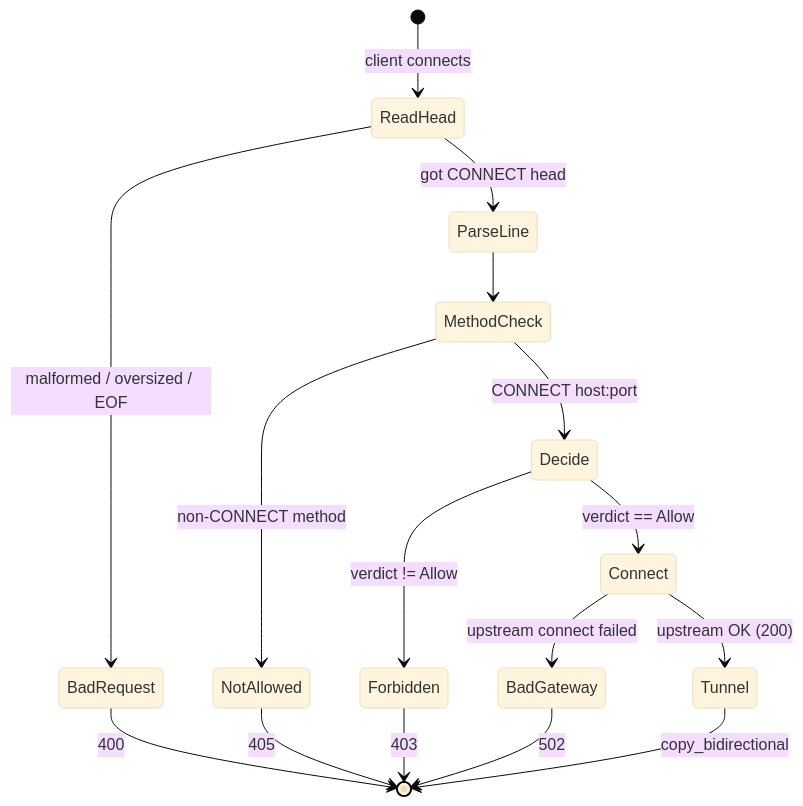
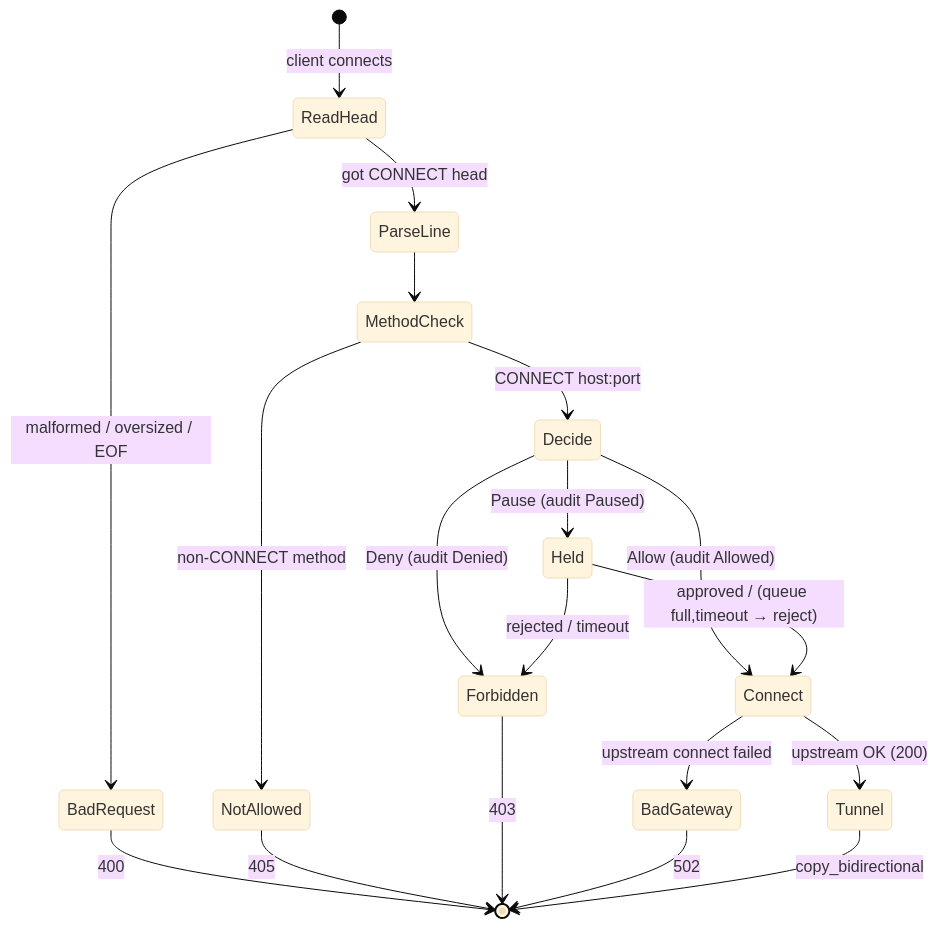
Before and after one commit to pleaseai/honmoon: the second of 2 diagrams in wiki/getting-started/quick-start.md, drawn with Mermaid (base theme). The commit also changed other lines of this file and 19 other files, not shown here.

Commit message:
docs(wiki): refresh for Phase 4 (pause approval, audit log, dashboard, honmoon-mgmt)

````diff
--- a/wiki/getting-started/quick-start.md
+++ b/wiki/getting-started/quick-start.md
@@ -97,18 +105,21 @@
 ```mermaid
 stateDiagram-v2
   [*] --> ReadHead: client connects
   ReadHead --> BadRequest: malformed / oversized / EOF
   ReadHead --> ParseLine: got CONNECT head
   ParseLine --> MethodCheck
   MethodCheck --> NotAllowed: non-CONNECT method
   MethodCheck --> Decide: CONNECT host:port
-  Decide --> Forbidden: verdict != Allow
-  Decide --> Connect: verdict == Allow
+  Decide --> Connect: Allow (audit Allowed)
+  Decide --> Forbidden: Deny (audit Denied)
+  Decide --> Held: Pause (audit Paused)
+  Held --> Connect: approved / (queue full,timeout → reject)
+  Held --> Forbidden: rejected / timeout
   Connect --> Tunnel: upstream OK (200)
   Connect --> BadGateway: upstream connect failed
   BadRequest --> [*]: 400
   NotAllowed --> [*]: 405
   Forbidden --> [*]: 403
   BadGateway --> [*]: 502
   Tunnel --> [*]: copy_bidirectional
 ```
````
